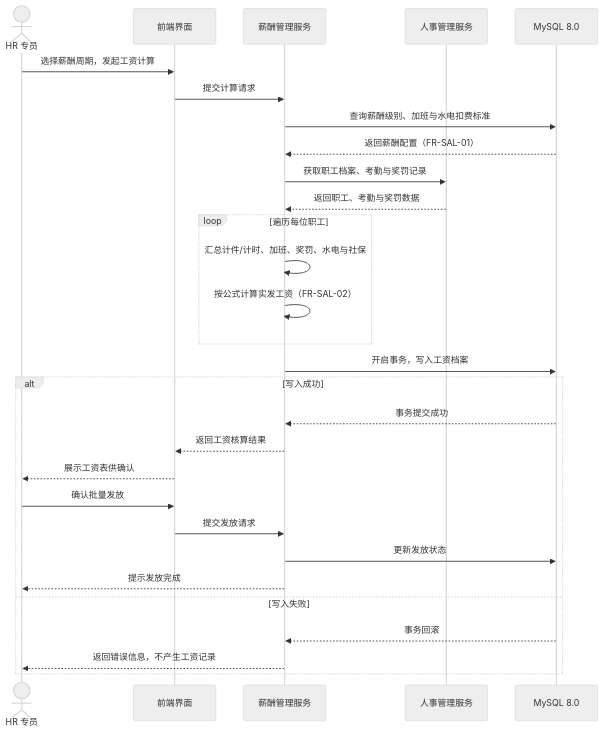
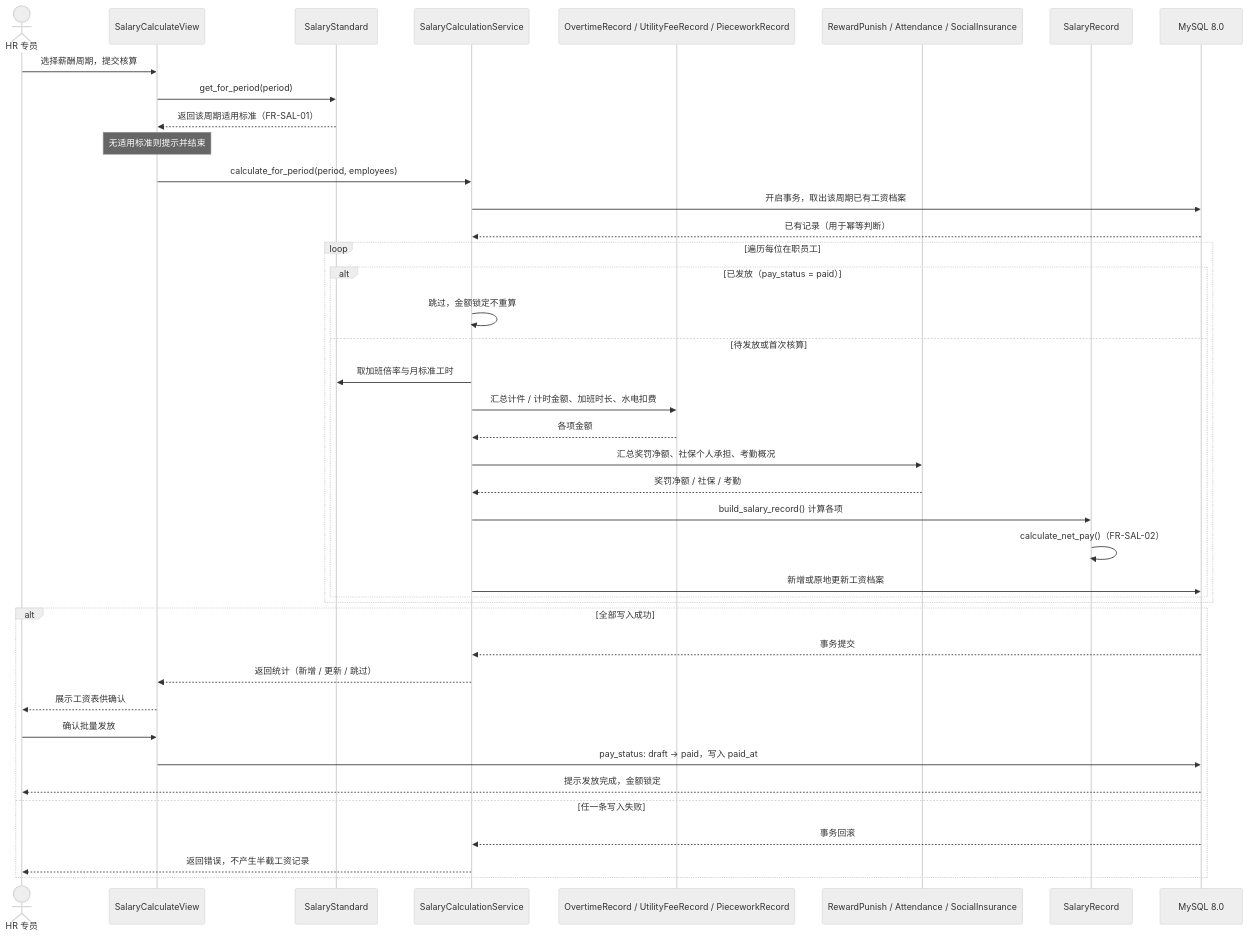
One commit to C-wayen/hrms changed the seventh of 15 diagrams in code_artifact.md. Above: the diagram before and after it, drawn with Mermaid (neutral theme). The commit also changed other lines of this file and 2 other files, not shown here.

Commit message:
docs: 增加UML图相关内容，规范格式

````diff
--- a/code_artifact.md
+++ b/code_artifact.md
@@ -309,32 +708,44 @@
 ```mermaid
 sequenceDiagram
     actor HR as HR 专员
-    participant UI as 前端界面
-    participant SAL as 薪酬管理服务
-    participant PER as 人事管理服务
+    participant View as SalaryCalculateView
+    participant Std as SalaryStandard
+    participant Svc as SalaryCalculationService
+    participant Reg as OvertimeRecord / UtilityFeeRecord / PieceworkRecord
+    participant Per as RewardPunish / Attendance / SocialInsurance
+    participant Rec as SalaryRecord
     participant DB as MySQL 8.0
 
-    HR->>UI: 选择薪酬周期，发起工资计算
-    UI->>SAL: 提交计算请求
-    SAL->>DB: 查询薪酬级别、加班与水电扣费标准
-    DB-->>SAL: 返回薪酬配置（FR-SAL-01）
-    SAL->>PER: 获取职工档案、考勤与奖罚记录
-    PER-->>SAL: 返回职工、考勤与奖罚数据
-    loop 遍历每位职工
-        SAL->>SAL: 汇总计件/计时、加班、奖罚、水电与社保
-        SAL->>SAL: 按公式计算实发工资（FR-SAL-02）
+    HR->>View: 选择薪酬周期，提交核算
+    View->>Std: get_for_period(period)
+    Std-->>View: 返回该周期适用标准（FR-SAL-01）
+    Note over View: 无适用标准则提示并结束
+    View->>Svc: calculate_for_period(period, employees)
+    Svc->>DB: 开启事务，取出该周期已有工资档案
+    DB-->>Svc: 已有记录（用于幂等判断）
+    loop 遍历每位在职员工
+        alt 已发放（pay_status = paid）
+            Svc->>Svc: 跳过，金额锁定不重算
+        else 待发放或首次核算
+            Svc->>Std: 取加班倍率与月标准工时
+            Svc->>Reg: 汇总计件 / 计时金额、加班时长、水电扣费
+            Reg-->>Svc: 各项金额
+            Svc->>Per: 汇总奖罚净额、社保个人承担、考勤概况
+            Per-->>Svc: 奖罚净额 / 社保 / 考勤
+            Svc->>Rec: build_salary_record() 计算各项
+            Rec->>Rec: calculate_net_pay()（FR-SAL-02）
+            Svc->>DB: 新增或原地更新工资档案
+        end
     end
-    SAL->>DB: 开启事务，写入工资档案
-    alt 写入成功
-        DB-->>SAL: 事务提交成功
-        SAL-->>UI: 返回工资核算结果
-        UI-->>HR: 展示工资表供确认
-        HR->>UI: 确认批量发放
-        UI->>SAL: 提交发放请求
-        SAL->>DB: 更新发放状态
-        SAL-->>HR: 提示发放完成
-    else 写入失败
-        DB-->>SAL: 事务回滚
-        SAL-->>HR: 返回错误信息，不产生工资记录
+    alt 全部写入成功
+        DB-->>Svc: 事务提交
+        Svc-->>View: 返回统计（新增 / 更新 / 跳过）
+        View-->>HR: 展示工资表供确认
+        HR->>View: 确认批量发放
+        View->>DB: pay_status: draft → paid，写入 paid_at
+        DB-->>HR: 提示发放完成，金额锁定
+    else 任一条写入失败
+        DB-->>Svc: 事务回滚
+        Svc-->>HR: 返回错误，不产生半截工资记录
     end
 ```
````
